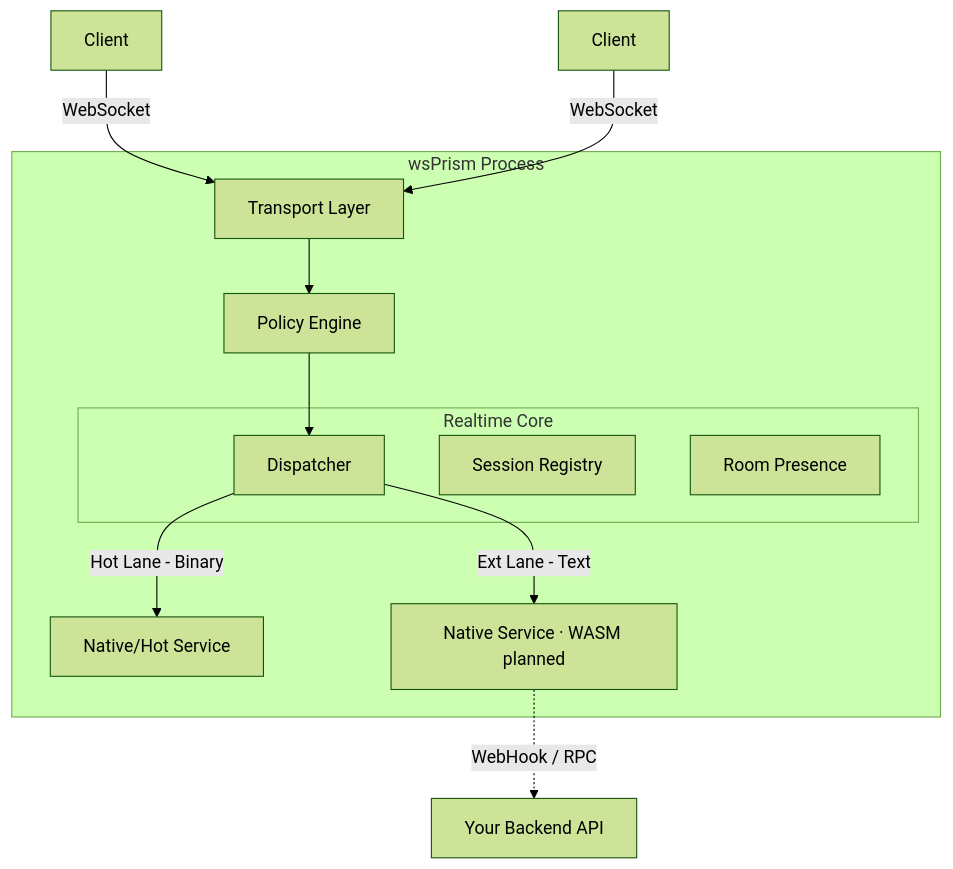
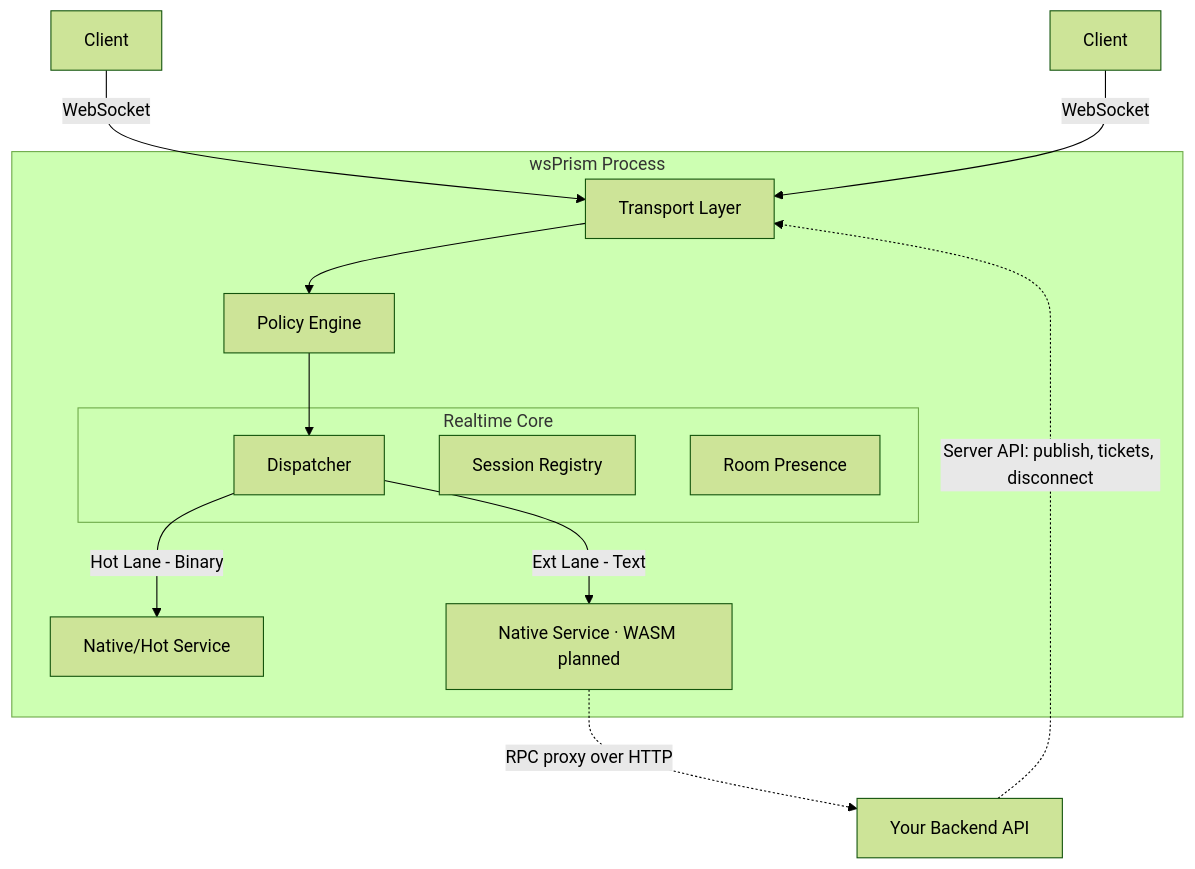
The diagram in Readme(EN).md (AsyncNomad/wsPrism), drawn with Mermaid (forest theme) before and after one commit. The commit also changed other lines of this file and 27 other files, not shown here.

````diff
--- a/Readme(EN).md
+++ b/Readme(EN).md
@@ -168,23 +171,24 @@
 ```mermaid
 graph TD
     Client_A[Client] -->|WebSocket| Transport
     Client_B[Client] -->|WebSocket| Transport
 
     subgraph Process [wsPrism Process]
         Transport[Transport Layer]
         Policy[Policy Engine]
         
         subgraph Core [Realtime Core]
             Router[Dispatcher]
             Registry[Session Registry]
             Presence[Room Presence]
         end
         
         Transport --> Policy --> Router
         
         Router -->|Hot Lane - Binary| Service_Echo[Native/Hot Service]
         Router -->|Ext Lane - Text| Service_Chat[Native Service · WASM planned]
     end
     
-    Service_Chat -.->|WebHook / RPC| Backend[Your Backend API]
+    Service_Chat -.->|RPC proxy over HTTP| Backend[Your Backend API]
+    Backend -.->|Server API: publish, tickets, disconnect| Transport
 ```
````
